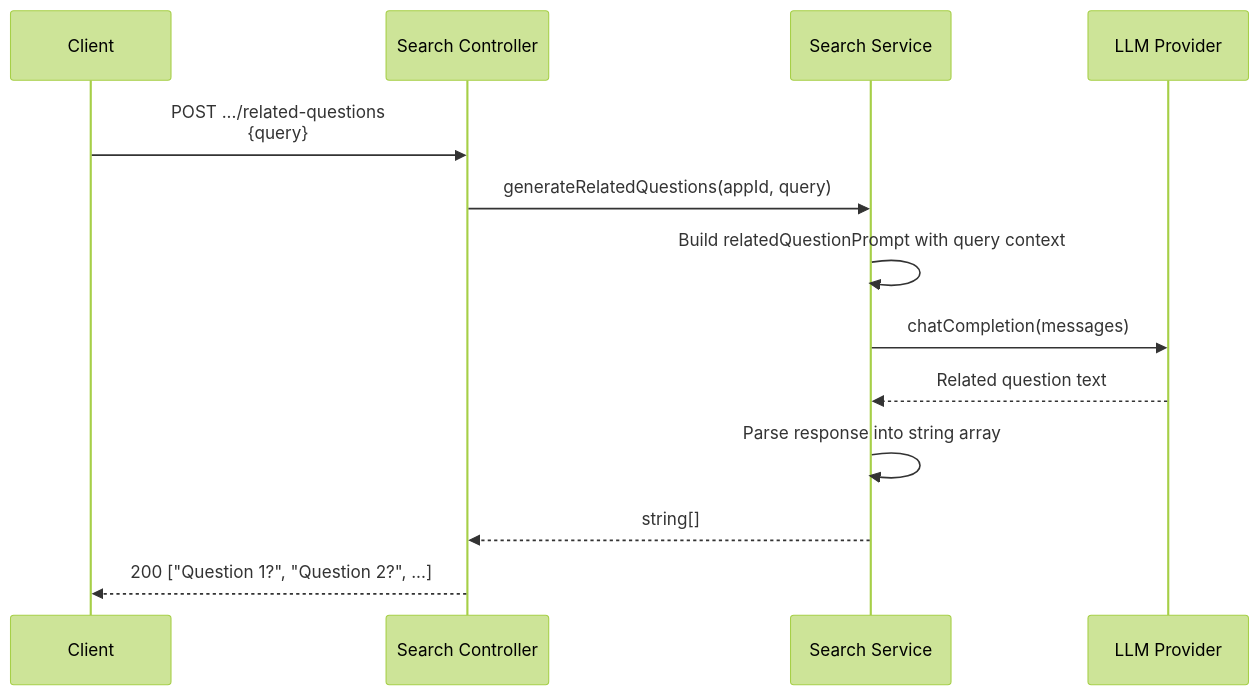
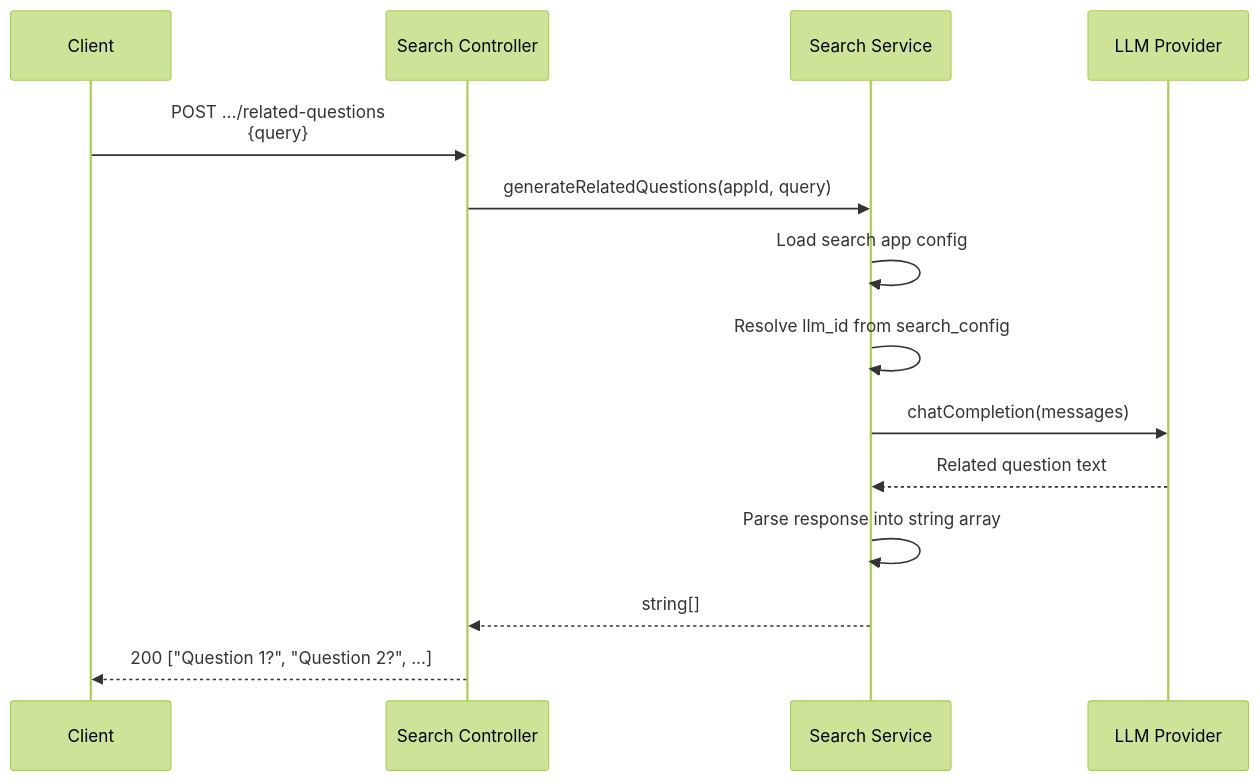
One commit to b-knowledge-solution/b-knowledge changed the second of 4 diagrams in docs/detail-design/search/features-detail.md. Above: the diagram before and after it, drawn with Mermaid (forest theme). The commit also changed other lines of this file and 83 other files, not shown here.

````diff
--- a/docs/detail-design/search/features-detail.md
+++ b/docs/detail-design/search/features-detail.md
@@ -55,16 +65,17 @@
 ```mermaid
 sequenceDiagram
     participant Client
     participant Ctrl as Search Controller
     participant Svc as Search Service
     participant LLM as LLM Provider
 
     Client->>Ctrl: POST .../related-questions<br/>{query}
     Ctrl->>Svc: generateRelatedQuestions(appId, query)
-    Svc->>Svc: Build relatedQuestionPrompt with query context
+    Svc->>Svc: Load search app config
+    Svc->>Svc: Resolve llm_id from search_config
     Svc->>LLM: chatCompletion(messages)
     LLM-->>Svc: Related question text
     Svc->>Svc: Parse response into string array
     Svc-->>Ctrl: string[]
     Ctrl-->>Client: 200 ["Question 1?", "Question 2?", ...]
 ```
````
